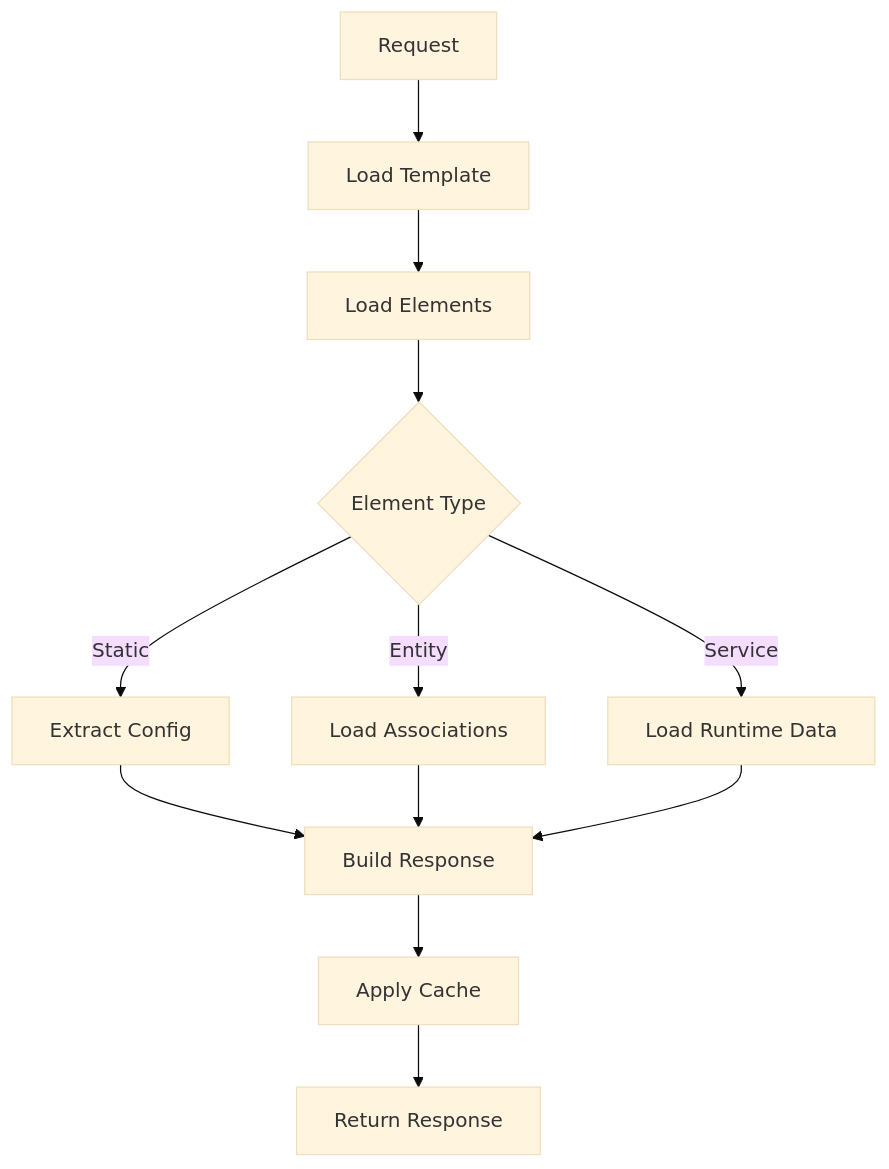
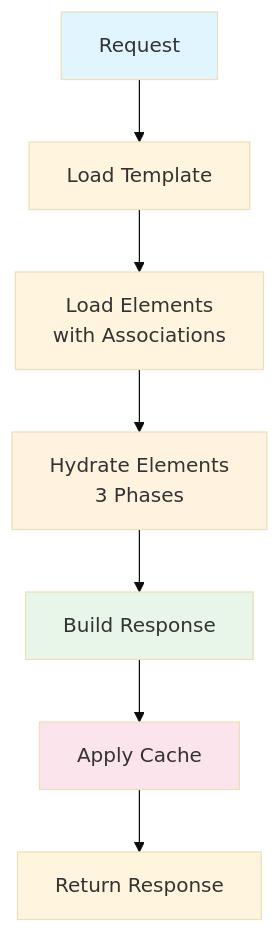
The second of 3 diagrams in src/Storefront/Controller/shopware-cms-v2-architecture.md (shopware/shopware), drawn with Mermaid (base theme) before and after one commit. The commit also changed other lines of this file, not shown here.

````diff
--- a/src/Storefront/Controller/shopware-cms-v2-architecture.md
+++ b/src/Storefront/Controller/shopware-cms-v2-architecture.md
@@ -46,14 +56,14 @@
 ```mermaid
 graph TD
     A[Request] --> B[Load Template]
-    B --> C[Load Elements]
-    C --> D{Element Type}
-    D -->|Static| E[Extract Config]
-    D -->|Entity| F[Load Associations]
-    D -->|Service| G[Load Runtime Data]
-    E --> H[Build Response]
-    F --> H
-    G --> H
-    H --> I[Apply Cache]
-    I --> J[Return Response]
+    B --> C[Load Elements<br/>with Associations]
+    C --> D[Hydrate Elements<br/>3 Phases]
+    D --> E[Build Response]
+    E --> F[Apply Cache]
+    F --> G[Return Response]
+    
+    style A fill:#e1f5fe
+    style D fill:#fff3e0
+    style E fill:#e8f5e9
+    style F fill:#fce4ec
 ```
````
